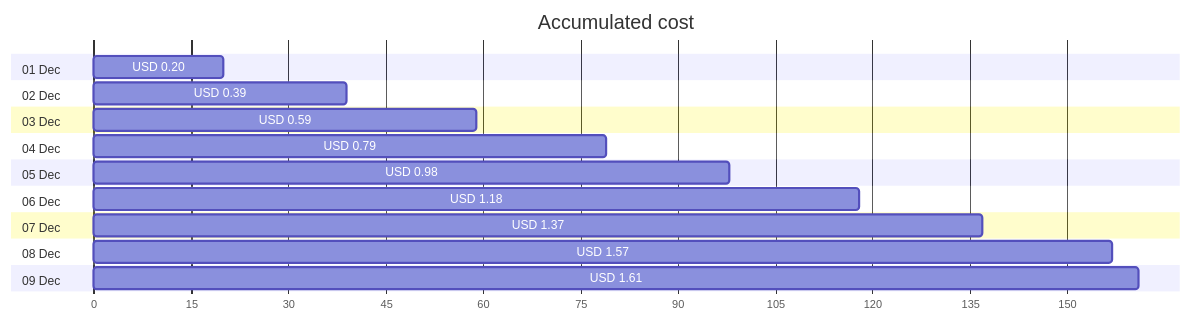
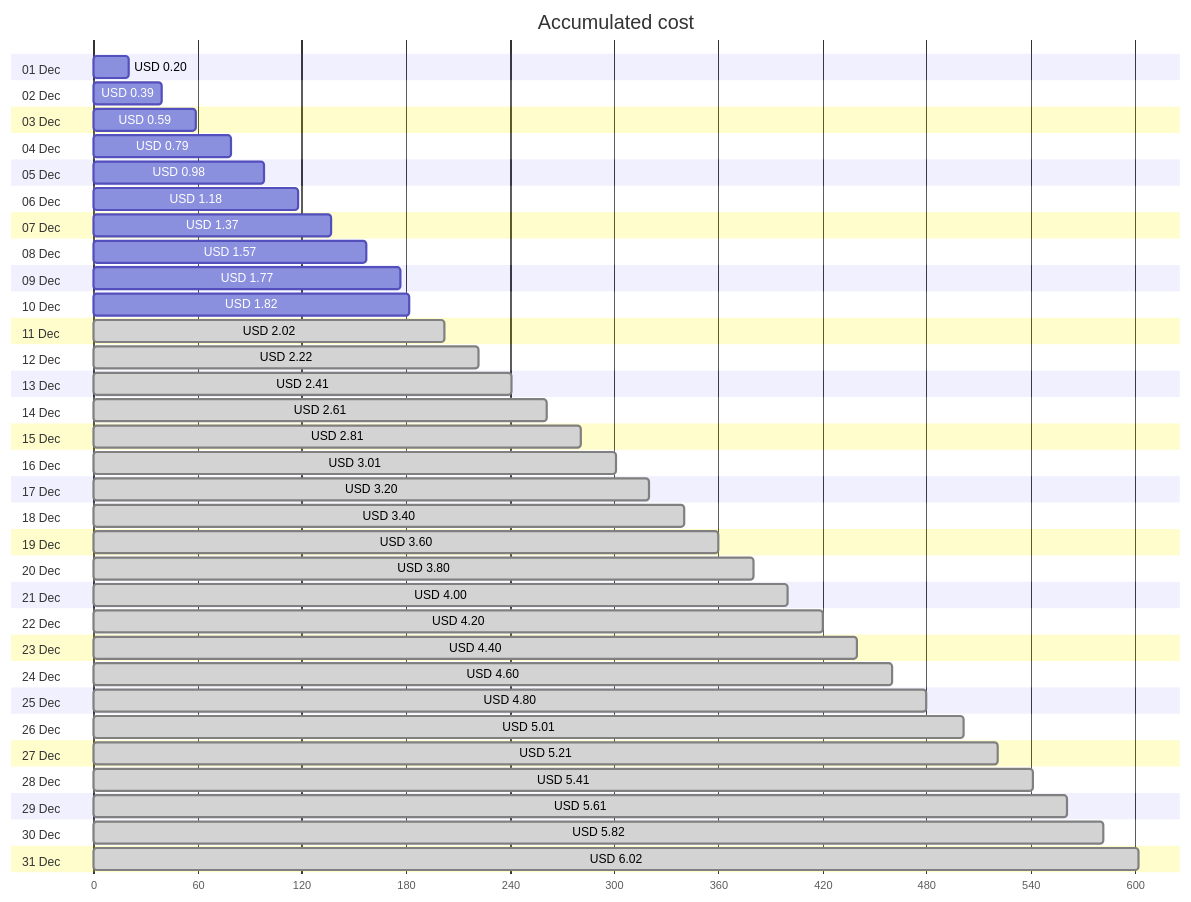
One commit to jpfulton/azure-personal-reports changed the first of 4 diagrams in cost-reports/personal-network/backup-server.md. Above: the diagram before and after it, drawn with Mermaid. The commit also changed other lines of this file and 8 other files, not shown here.

````diff
--- a/cost-reports/personal-network/backup-server.md
+++ b/cost-reports/personal-network/backup-server.md
@@ -20,24 +20,68 @@
 ```mermaid
 gantt
    title Accumulated cost
    dateFormat  X
    axisFormat %s
    section 01 Dec
    USD 0.20 :0, 20
    section 02 Dec
    USD 0.39 :0, 39
    section 03 Dec
    USD 0.59 :0, 59
    section 04 Dec
    USD 0.79 :0, 79
    section 05 Dec
    USD 0.98 :0, 98
    section 06 Dec
    USD 1.18 :0, 118
    section 07 Dec
    USD 1.37 :0, 137
    section 08 Dec
    USD 1.57 :0, 157
    section 09 Dec
-   USD 1.61 :0, 161
+   USD 1.77 :0, 177
+   section 10 Dec
+   USD 1.82 :0, 182
+   section 11 Dec
+   USD 2.02 : done, 0, 202
+   section 12 Dec
+   USD 2.22 : done, 0, 222
+   section 13 Dec
+   USD 2.41 : done, 0, 241
+   section 14 Dec
+   USD 2.61 : done, 0, 261
+   section 15 Dec
+   USD 2.81 : done, 0, 281
+   section 16 Dec
+   USD 3.01 : done, 0, 301
+   section 17 Dec
+   USD 3.20 : done, 0, 320
+   section 18 Dec
+   USD 3.40 : done, 0, 340
+   section 19 Dec
+   USD 3.60 : done, 0, 360
+   section 20 Dec
+   USD 3.80 : done, 0, 380
+   section 21 Dec
+   USD 4.00 : done, 0, 400
+   section 22 Dec
+   USD 4.20 : done, 0, 420
+   section 23 Dec
+   USD 4.40 : done, 0, 440
+   section 24 Dec
+   USD 4.60 : done, 0, 460
+   section 25 Dec
+   USD 4.80 : done, 0, 480
+   section 26 Dec
+   USD 5.01 : done, 0, 501
+   section 27 Dec
+   USD 5.21 : done, 0, 521
+   section 28 Dec
+   USD 5.41 : done, 0, 541
+   section 29 Dec
+   USD 5.61 : done, 0, 561
+   section 30 Dec
+   USD 5.82 : done, 0, 582
+   section 31 Dec
+   USD 6.02 : done, 0, 602
 ```
````
